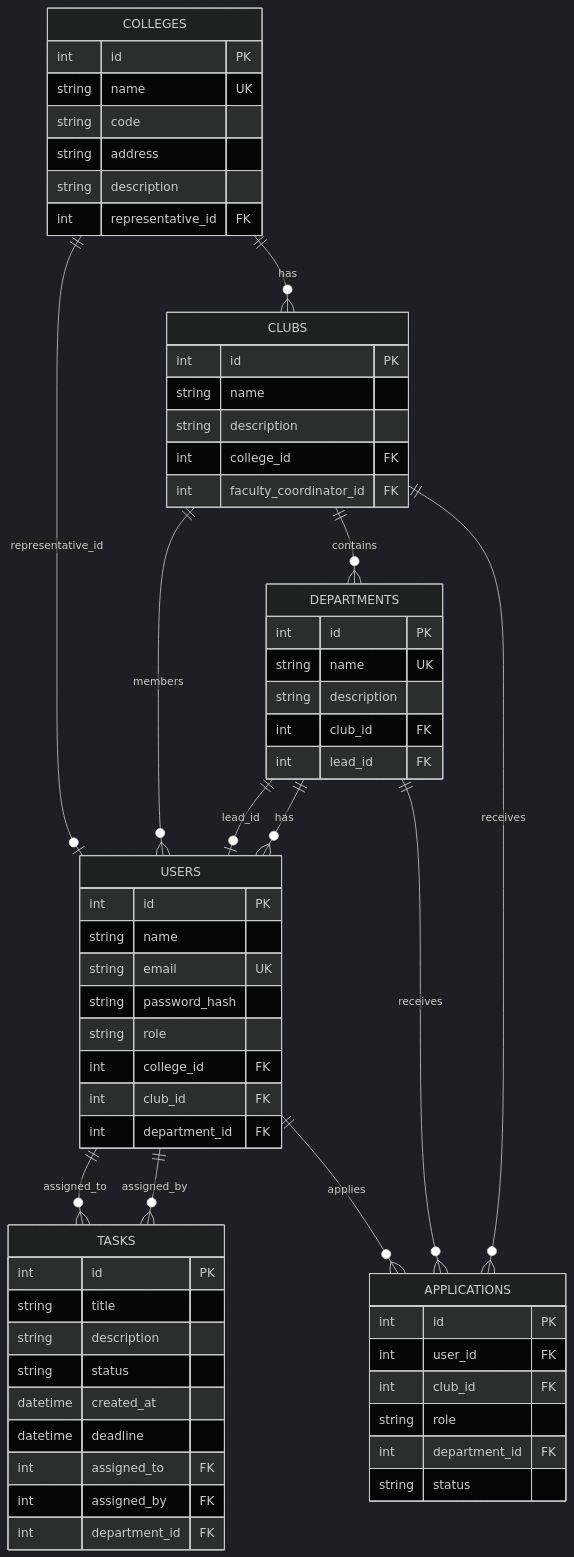
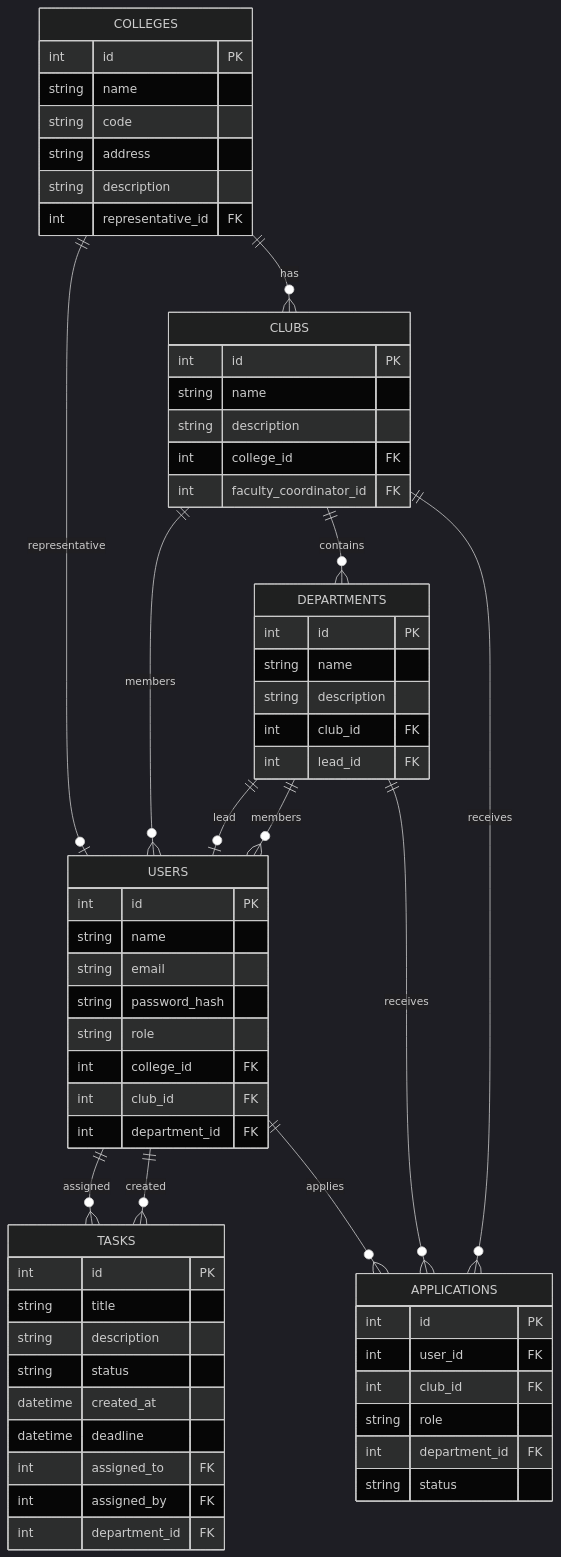
Before and after one commit to Himanshu-kulkarni/Task_Assingment_System: the second of 3 diagrams in README.md, drawn with Mermaid (dark theme).

Commit message:
Fix database schema ER Diagram Mermaid syntax in README.md

````diff
--- a/README.md
+++ b/README.md
@@ -151,71 +151,71 @@
 ```mermaid
 erDiagram
-    COLLEGES ||--o| USERS : "representative_id"
-    COLLEGES ||--o{ CLUBS : "has"
-    CLUBS ||--o{ USERS : "members"
-    CLUBS ||--o{ DEPARTMENTS : "contains"
-    DEPARTMENTS ||--o| USERS : "lead_id"
-    DEPARTMENTS ||--o{ USERS : "has"
-    USERS ||--o{ TASKS : "assigned_to"
-    USERS ||--o{ TASKS : "assigned_by"
-    USERS ||--o{ APPLICATIONS : "applies"
-    CLUBS ||--o{ APPLICATIONS : "receives"
-    DEPARTMENTS ||--o{ APPLICATIONS : "receives"
+    COLLEGES ||--o| USERS : representative
+    COLLEGES ||--o{ CLUBS : has
+    CLUBS ||--o{ USERS : members
+    CLUBS ||--o{ DEPARTMENTS : contains
+    DEPARTMENTS ||--o| USERS : lead
+    DEPARTMENTS ||--o{ USERS : members
+    USERS ||--o{ TASKS : assigned
+    USERS ||--o{ TASKS : created
+    USERS ||--o{ APPLICATIONS : applies
+    CLUBS ||--o{ APPLICATIONS : receives
+    DEPARTMENTS ||--o{ APPLICATIONS : receives
 
     COLLEGES {
         int id PK
-        string name UK
+        string name
         string code
         string address
         string description
         int representative_id FK
     }
 
     CLUBS {
         int id PK
         string name
         string description
         int college_id FK
         int faculty_coordinator_id FK
     }
 
     USERS {
         int id PK
         string name
-        string email UK
+        string email
         string password_hash
         string role
         int college_id FK
         int club_id FK
         int department_id FK
     }
 
     DEPARTMENTS {
         int id PK
-        string name UK
+        string name
         string description
         int club_id FK
         int lead_id FK
     }
 
     TASKS {
         int id PK
         string title
         string description
         string status
         datetime created_at
         datetime deadline
         int assigned_to FK
         int assigned_by FK
         int department_id FK
     }
 
     APPLICATIONS {
         int id PK
         int user_id FK
         int club_id FK
         string role
         int department_id FK
         string status
     }
 ```
````
